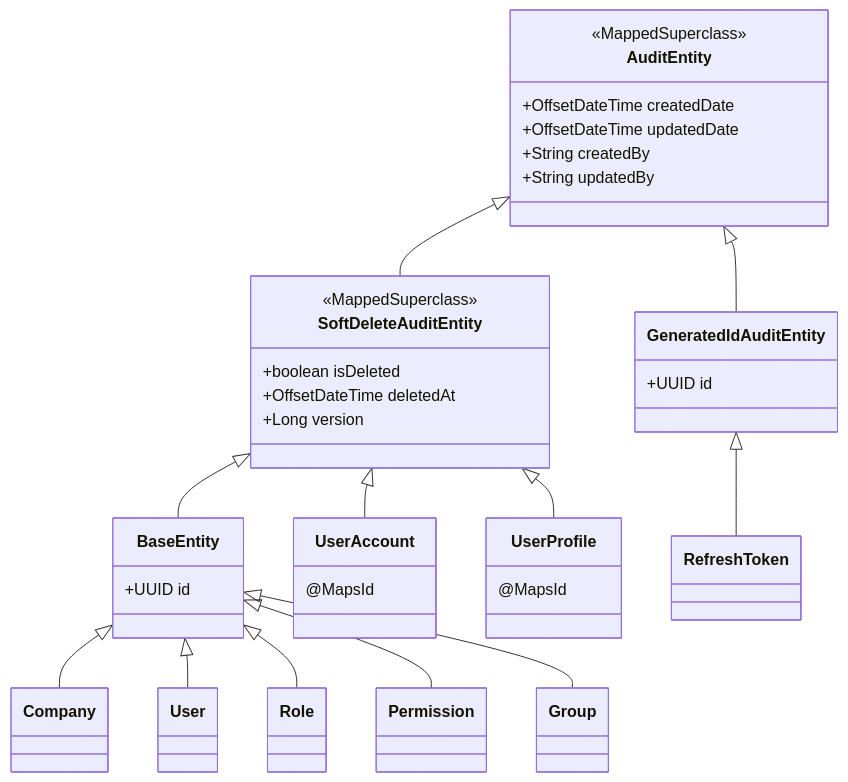
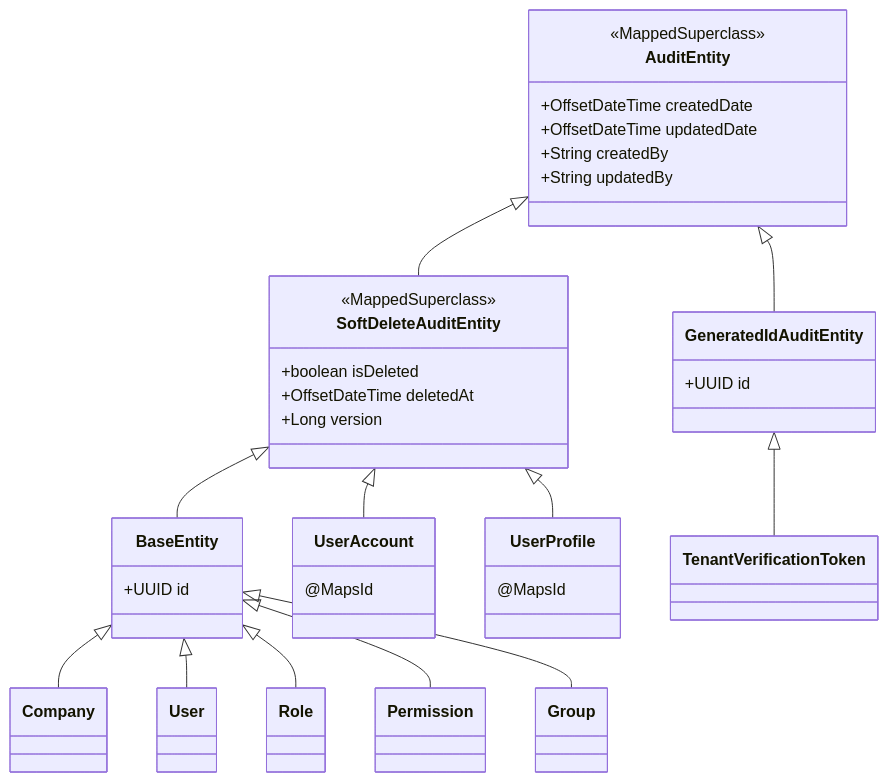
Before and after one commit to ibrhalil/forgesys: the fifth of 5 diagrams in docs/ARCHITECTURE.md, drawn with Mermaid. The commit also changed other lines of this file and 33 other files, not shown here.

````diff
--- a/docs/ARCHITECTURE.md
+++ b/docs/ARCHITECTURE.md
@@ -189,48 +195,48 @@
 ```mermaid
 classDiagram
     class AuditEntity {
         <<MappedSuperclass>>
         +OffsetDateTime createdDate
         +OffsetDateTime updatedDate
         +String createdBy
         +String updatedBy
     }
     class SoftDeleteAuditEntity {
         <<MappedSuperclass>>
         +boolean isDeleted
         +OffsetDateTime deletedAt
         +Long version
     }
     class BaseEntity {
         +UUID id
     }
     class GeneratedIdAuditEntity {
         +UUID id
     }
 
     AuditEntity <|-- SoftDeleteAuditEntity
     AuditEntity <|-- GeneratedIdAuditEntity
     SoftDeleteAuditEntity <|-- BaseEntity
 
     class Company
     class User
     class UserAccount {
         @MapsId
     }
     class UserProfile {
         @MapsId
     }
     class Role
     class Permission
     class Group
-    class RefreshToken
+    class TenantVerificationToken
 
     BaseEntity <|-- Company
     BaseEntity <|-- User
     BaseEntity <|-- Role
     BaseEntity <|-- Permission
     BaseEntity <|-- Group
     SoftDeleteAuditEntity <|-- UserAccount
     SoftDeleteAuditEntity <|-- UserProfile
-    GeneratedIdAuditEntity <|-- RefreshToken
+    GeneratedIdAuditEntity <|-- TenantVerificationToken
 ```
````
